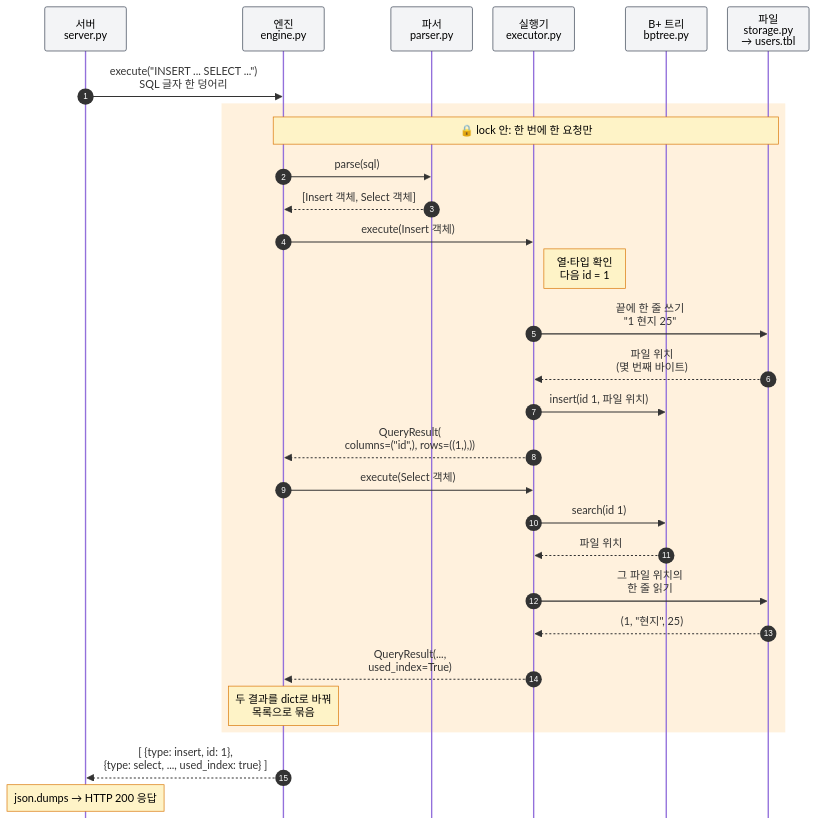
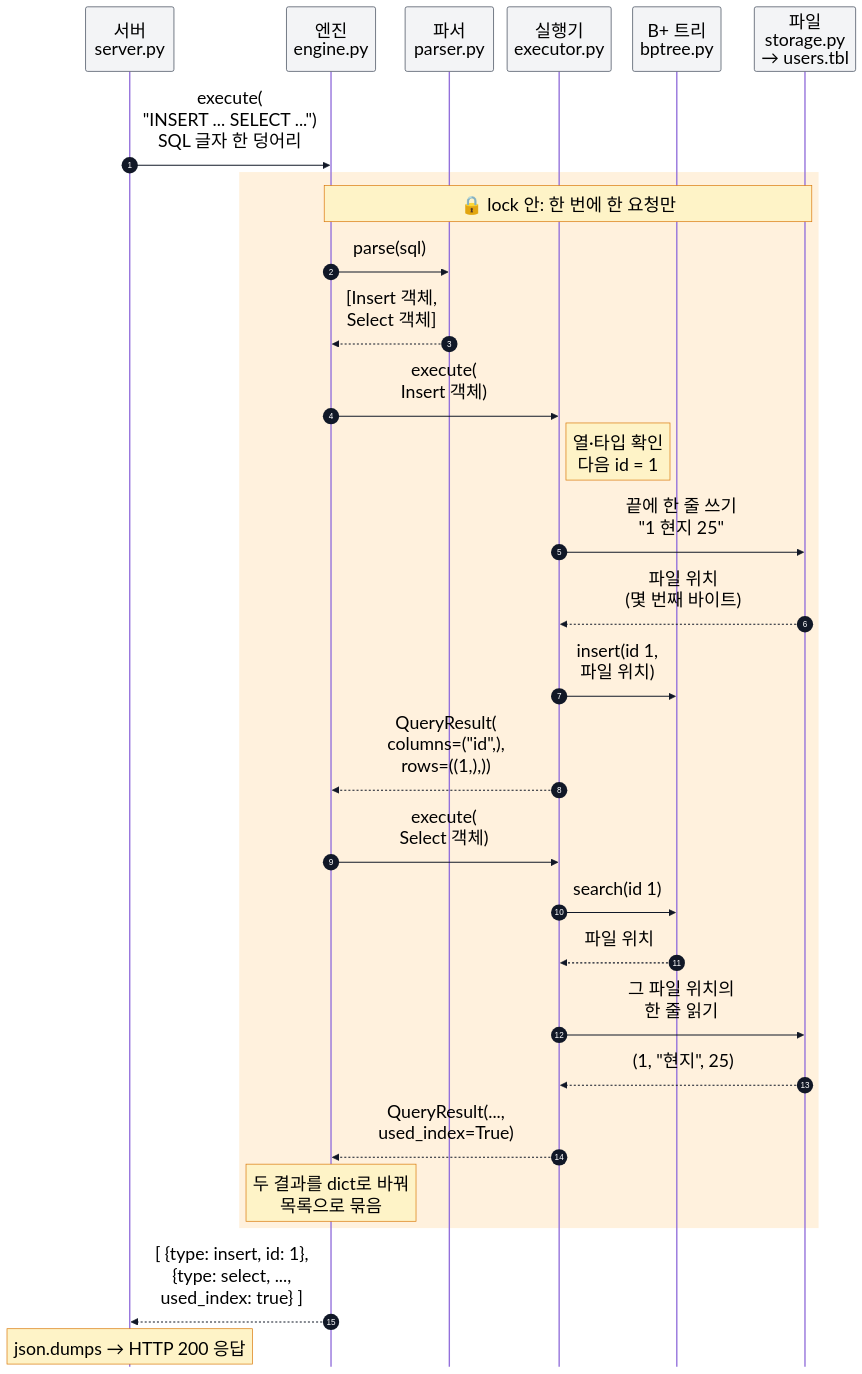
Before and after one commit to team1-mini-lab/mini-dbms: the diagram in README.md, drawn with Mermaid.

Commit message:
요청 흐름 그림: 글씨 크게·굵게, 긴 문구 줄바꿈으로 폭 줄임
Claude-Session: https://claude.ai/code/session_01Ks7nEcHBXfQvhB7V9SzU2w

````diff
--- a/README.md
+++ b/README.md
@@ -147,36 +147,60 @@
 ```mermaid
-%%{init: {"theme": "default", "themeVariables": {"fontSize": "22px", "noteBkgColor": "#fef3c7", "noteBorderColor": "#d97706", "actorBkg": "#f3f4f6", "actorBorder": "#374151"}, "sequence": {"actorMargin": 30, "width": 120, "messageMargin": 45, "actorFontSize": 20, "messageFontSize": 20, "noteFontSize": 18, "mirrorActors": false}}}%%
+---
+config:
+  theme: default
+  fontSize: 26
+  themeVariables:
+    fontSize: 26px
+    signalTextColor: "#000000"
+    noteTextColor: "#000000"
+    actorTextColor: "#000000"
+    signalColor: "#111827"
+    noteBkgColor: "#fef3c7"
+    noteBorderColor: "#d97706"
+    actorBkg: "#f3f4f6"
+    actorBorder: "#374151"
+  themeCSS: "text, tspan { font-weight: 700 !important; }"
+  sequence:
+    mirrorActors: false
+    actorMargin: 20
+    width: 130
+    height: 95
+    messageMargin: 55
+    actorFontSize: 26
+    messageFontSize: 24
+    noteFontSize: 22
+---
 sequenceDiagram
     autonumber
     participant S as 서버<br>server.py
     participant E as 엔진<br>engine.py
     participant P as 파서<br>parser.py
     participant X as 실행기<br>executor.py
     participant B as B+ 트리<br>bptree.py
     participant F as 파일<br>storage.py<br>→ users.tbl
 
-    S->>E: execute("INSERT ... SELECT ...")<br>SQL 글자 한 덩어리
+    S->>E: execute(<br>"INSERT ... SELECT ...")<br>SQL 글자 한 덩어리
     rect rgba(255, 200, 120, 0.25)
     Note over E,F: 🔒 lock 안: 한 번에 한 요청만
     E->>P: parse(sql)
-    P-->>E: [Insert 객체, Select 객체]
+    P-->>E: [Insert 객체,<br>Select 객체]
 
-    E->>X: execute(Insert 객체)
+    E->>X: execute(<br>Insert 객체)
     Note right of X: 열·타입 확인<br>다음 id = 1
     X->>F: 끝에 한 줄 쓰기<br>"1 현지 25"
     F-->>X: 파일 위치<br>(몇 번째 바이트)
-    X->>B: insert(id 1, 파일 위치)
-    X-->>E: QueryResult(<br>columns=("id",), rows=((1,),))
+    X->>B: insert(id 1,<br>파일 위치)
+    X-->>E: QueryResult(<br>columns=("id",),<br>rows=((1,),))
 
-    E->>X: execute(Select 객체)
+    E->>X: execute(<br>Select 객체)
     X->>B: search(id 1)
     B-->>X: 파일 위치
     X->>F: 그 파일 위치의<br>한 줄 읽기
     F-->>X: (1, "현지", 25)
     X-->>E: QueryResult(...,<br>used_index=True)
 
     Note over E: 두 결과를 dict로 바꿔<br>목록으로 묶음
     end
-    E-->>S: [ {type: insert, id: 1},<br>{type: select, ..., used_index: true} ]
+    E-->>S: [ {type: insert, id: 1},<br>{type: select, ...,<br>used_index: true} ]
     Note over S: json.dumps → HTTP 200 응답
 ```
````
